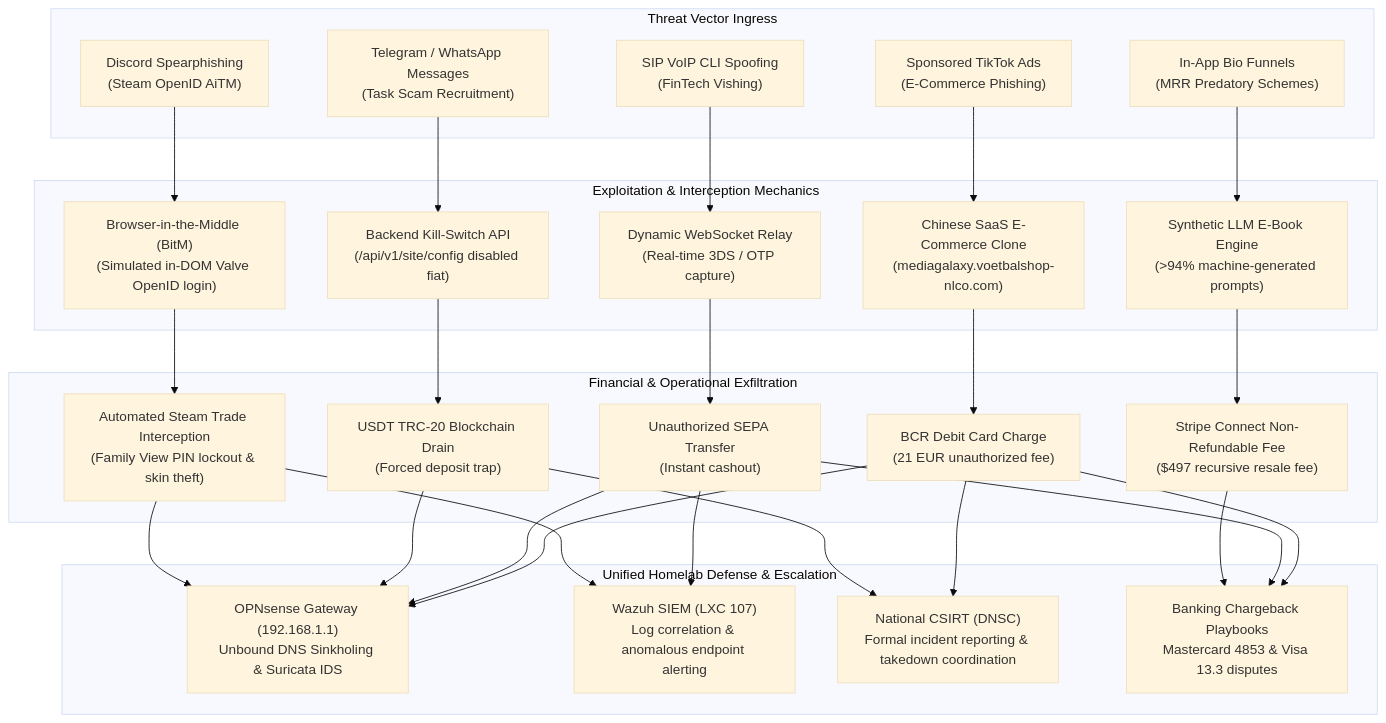
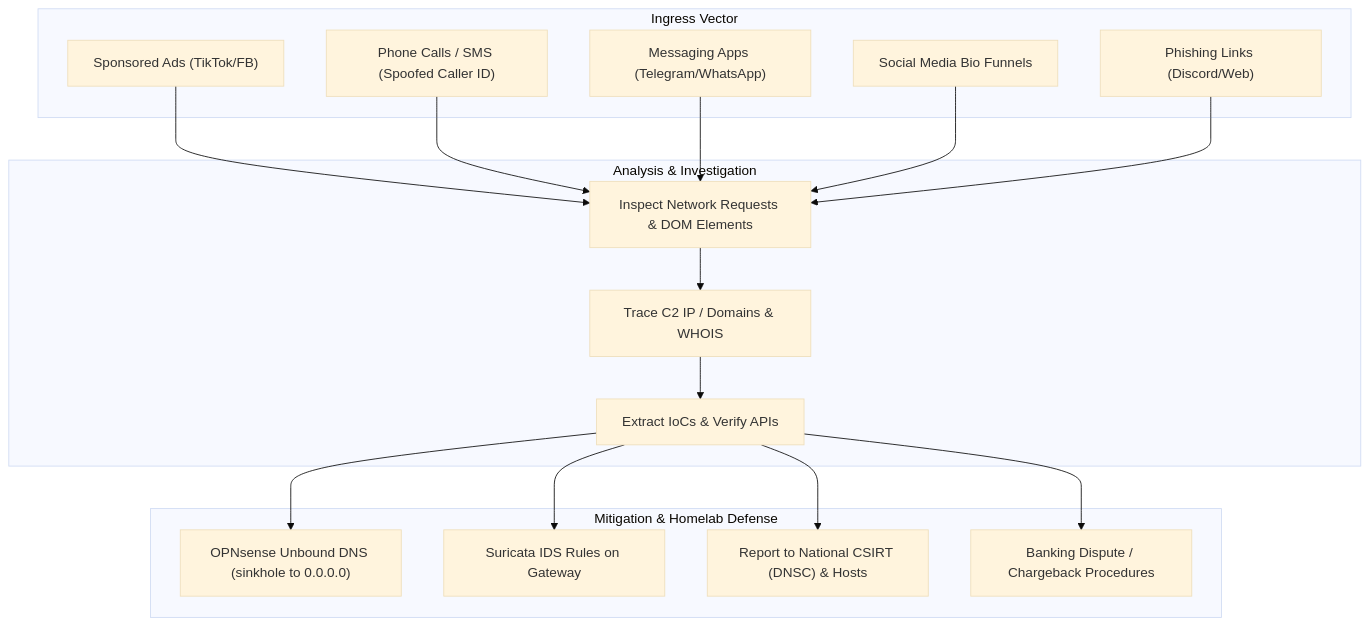
The diagram in cyber/README.md (stefanutc1/infrastructure), drawn with Mermaid (base theme) before and after one commit. The commit also changed other lines of this file and 30 other files, not shown here.

````diff
--- a/cyber/README.md
+++ b/cyber/README.md
@@ -53,48 +42,28 @@
 ```mermaid
 flowchart TD
-    subgraph INGRESS["Threat Vector Ingress"]
-        I1["Sponsored TikTok Ads<br/>(E-Commerce Phishing)"]
-        I2["SIP VoIP CLI Spoofing<br/>(FinTech Vishing)"]
-        I3["Telegram / WhatsApp Messages<br/>(Task Scam Recruitment)"]
-        I4["In-App Bio Funnels<br/>(MRR Predatory Schemes)"]
-        I5["Discord Spearphishing<br/>(Steam OpenID AiTM)"]
+    subgraph INGRESS["Ingress Vector"]
+        I1["Sponsored Ads (TikTok/FB)"]
+        I2["Phone Calls / SMS (Spoofed Caller ID)"]
+        I3["Messaging Apps (Telegram/WhatsApp)"]
+        I4["Social Media Bio Funnels"]
+        I5["Phishing Links (Discord/Web)"]
     end
 
-    subgraph WEAPON["Exploitation & Interception Mechanics"]
-        W1["Chinese SaaS E-Commerce Clone<br/>(mediagalaxy.voetbalshop-nlco.com)"]
-        W2["Dynamic WebSocket Relay<br/>(Real-time 3DS / OTP capture)"]
-        W3["Backend Kill-Switch API<br/>(/api/v1/site/config disabled fiat)"]
-        W4["Synthetic LLM E-Book Engine<br/>(>94% machine-generated prompts)"]
-        W5["Browser-in-the-Middle (BitM)<br/>(Simulated in-DOM Valve OpenID login)"]
-        I1 --> W1
-        I2 --> W2
-        I3 --> W3
-        I4 --> W4
-        I5 --> W5
+    subgraph ANALYSIS["Analysis & Investigation"]
+        A1["Inspect Network Requests & DOM Elements"]
+        A2["Trace C2 IP / Domains & WHOIS"]
+        A3["Extract IoCs & Verify APIs"]
+        I1 & I2 & I3 & I4 & I5 --> A1 --> A2 --> A3
     end
 
-    subgraph IMPACT["Financial & Operational Exfiltration"]
-        E1["BCR Debit Card Charge<br/>(21 EUR unauthorized fee)"]
-        E2["Unauthorized SEPA Transfer<br/>(Instant cashout)"]
-        E3["USDT TRC-20 Blockchain Drain<br/>(Forced deposit trap)"]
-        E4["Stripe Connect Non-Refundable Fee<br/>($497 recursive resale fee)"]
-        E5["Automated Steam Trade Interception<br/>(Family View PIN lockout & skin theft)"]
-        W1 --> E1
-        W2 --> E2
-        W3 --> E3
-        W4 --> E4
-        W5 --> E5
-    end
-
-    subgraph DEFENSE["Unified Homelab Defense & Escalation"]
-        D1["OPNsense Gateway (192.168.1.1)<br/>Unbound DNS Sinkholing & Suricata IDS"]
-        D2["Wazuh SIEM (LXC 107)<br/>Log correlation & anomalous endpoint alerting"]
-        D3["National CSIRT (DNSC)<br/>Formal incident reporting & takedown coordination"]
-        D4["Banking Chargeback Playbooks<br/>Mastercard 4853 & Visa 13.3 disputes"]
-        E1 --> D1 & D3 & D4
-        E2 --> D1 & D2 & D4
-        E3 --> D1 & D3
-        E4 --> D4
-        E5 --> D1 & D2
+    subgraph MITIGATION["Mitigation & Homelab Defense"]
+        M1["OPNsense Unbound DNS (sinkhole to 0.0.0.0)"]
+        M2["Suricata IDS Rules on Gateway"]
+        M3["Report to National CSIRT (DNSC) & Hosts"]
+        M4["Banking Dispute / Chargeback Procedures"]
+        A3 --> M1
+        A3 --> M2
+        A3 --> M3
+        A3 --> M4
     end
 ```
````
